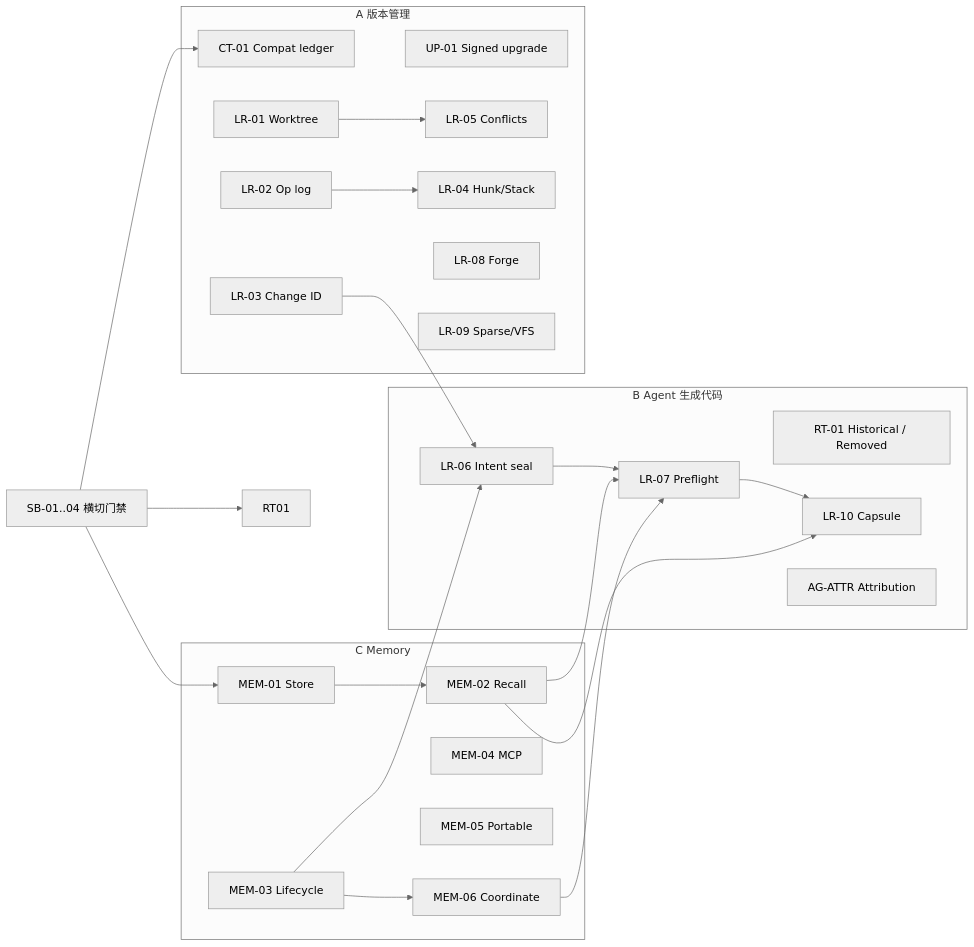
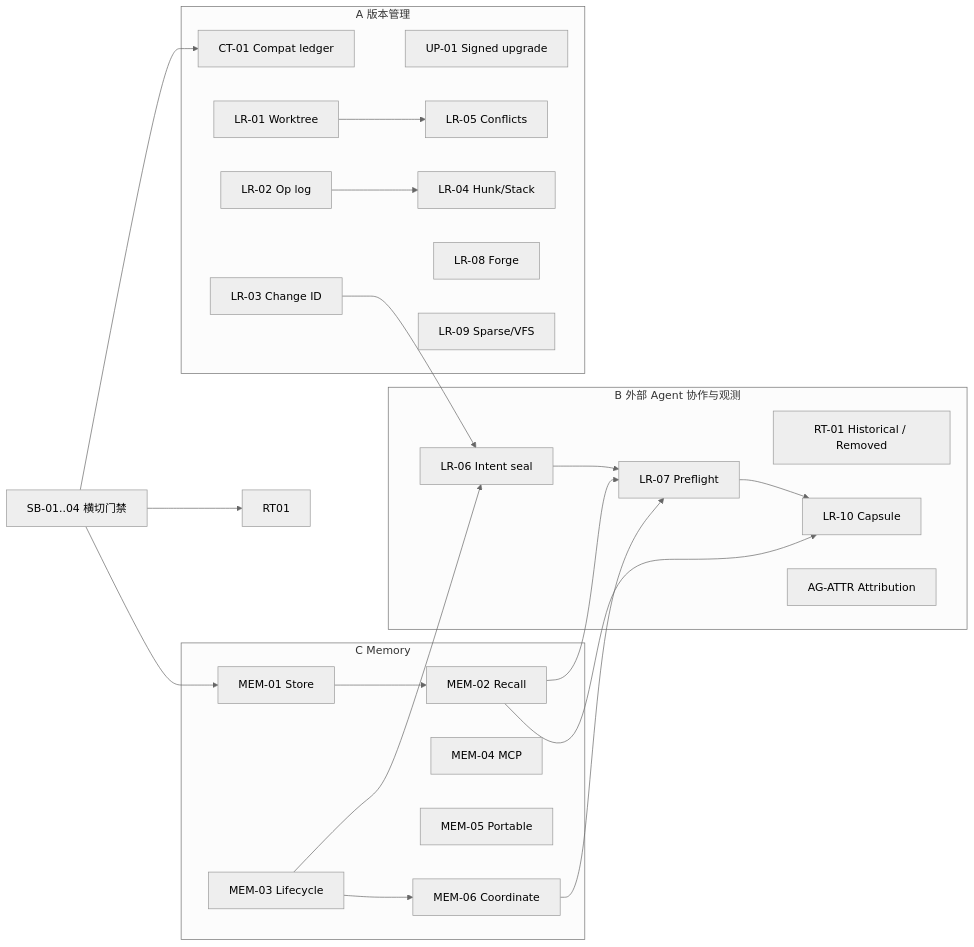
Before and after one commit to Anduin9527/libra: the diagram in docs/development/plan/plan-long.md, drawn with Mermaid (neutral theme). The commit also changed other lines of this file and 1 other file, not shown here.

Commit message:
docs(plan): align roadmap with external Agent capture

````diff
--- a/docs/development/plan/plan-long.md
+++ b/docs/development/plan/plan-long.md
@@ -333,44 +333,44 @@
 ```mermaid
 flowchart LR
   subgraph VCS[A 版本管理]
     CT01[CT-01 Compat ledger]
     UP01[UP-01 Signed upgrade]
     LR01[LR-01 Worktree]
     LR02[LR-02 Op log]
     LR03[LR-03 Change ID]
     LR04[LR-04 Hunk/Stack]
     LR05[LR-05 Conflicts]
     LR08[LR-08 Forge]
     LR09[LR-09 Sparse/VFS]
   end
-  subgraph AG[B Agent 生成代码]
+  subgraph AG[B 外部 Agent 协作与观测]
     LR06[LR-06 Intent seal]
     LR07[LR-07 Preflight]
     RT[RT-01 Historical / Removed]
     LR10[LR-10 Capsule]
     AGATTR[AG-ATTR Attribution]
   end
   subgraph MEM[C Memory]
     MEM01[MEM-01 Store]
     MEM02[MEM-02 Recall]
     MEM03[MEM-03 Lifecycle]
     MEM04[MEM-04 MCP]
     MEM05[MEM-05 Portable]
     MEM06[MEM-06 Coordinate]
   end
   SB[SB-01..04 横切门禁]
   SB --> CT01
   SB --> RT01
   SB --> MEM01
   LR01 --> LR05
   LR02 --> LR04
   LR03 --> LR06
   LR06 --> LR07
   MEM01 --> MEM02
   MEM02 --> LR07
   MEM03 --> LR06
   LR07 --> LR10
   MEM02 --> LR10
   MEM06 --> LR07
   MEM03 --> MEM06
 ```
````
